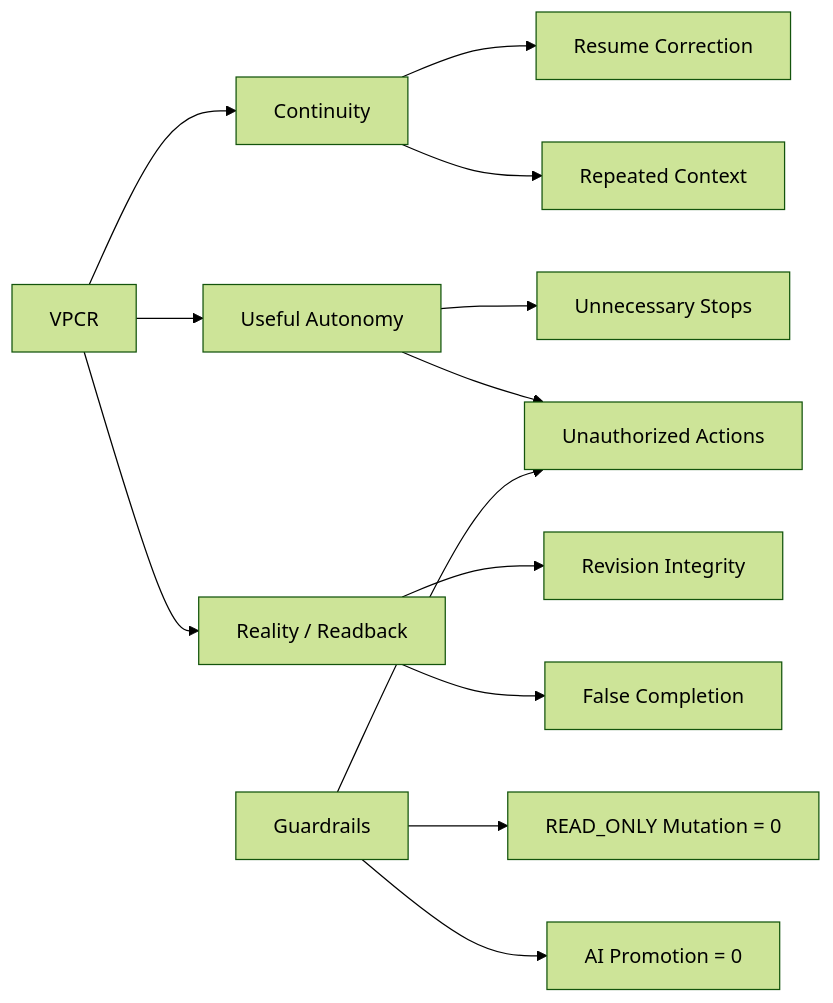
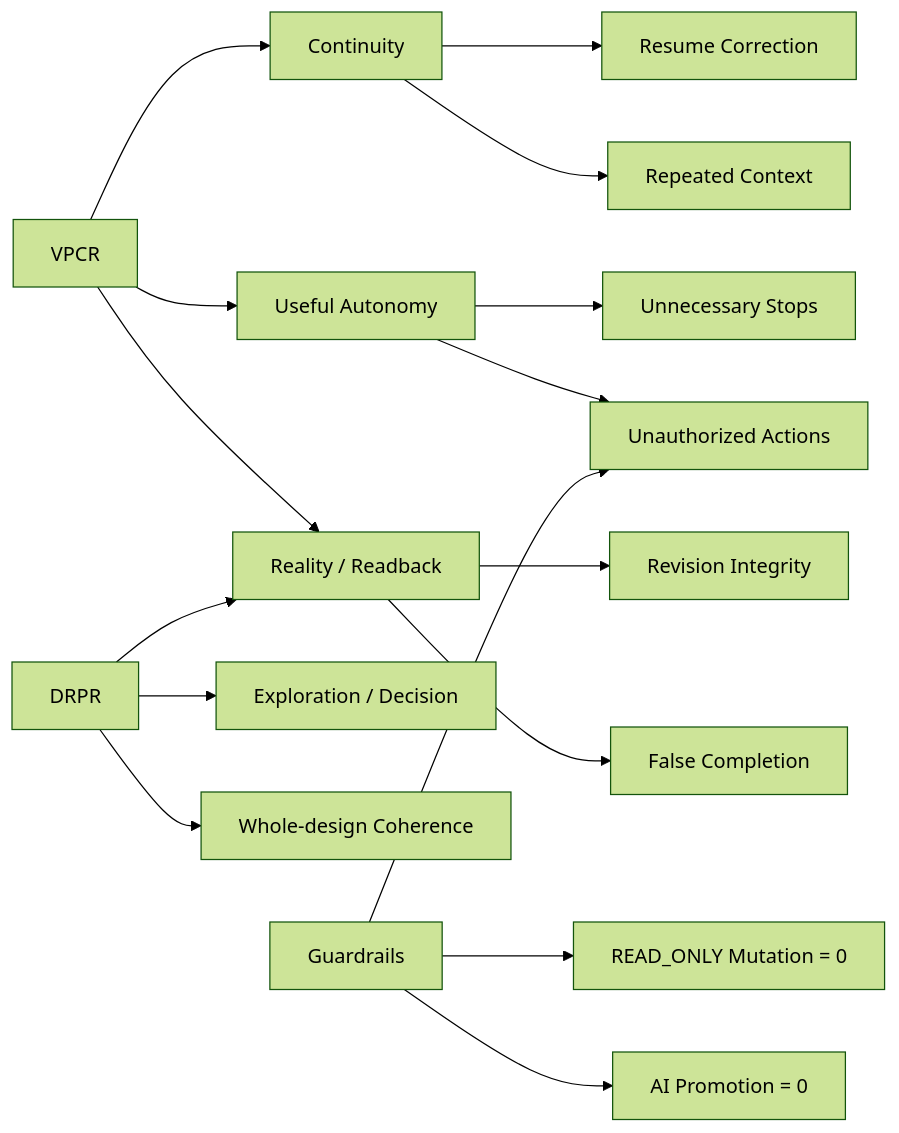
One commit to Jiaosong/Design changed the diagram in product-docs/v0.3/OLEANDER_METRICS_EXPERIMENTATION_v0.3.0.md. Above: the diagram before and after it, drawn with Mermaid (forest theme). The commit also changed other lines of this file and 71 other files, not shown here.

````diff
--- a/product-docs/v0.3/OLEANDER_METRICS_EXPERIMENTATION_v0.3.0.md
+++ b/product-docs/v0.3/OLEANDER_METRICS_EXPERIMENTATION_v0.3.0.md
@@ -14,15 +14,18 @@
 ```mermaid
 flowchart LR
     NS[VPCR] --> C[Continuity]
     NS --> A[Useful Autonomy]
     NS --> R[Reality / Readback]
+    DR[DRPR] --> E[Exploration / Decision]
+    DR --> R
+    DR --> W[Whole-design Coherence]
     C --> RC[Resume Correction]
     C --> CI[Repeated Context]
     A --> US[Unnecessary Stops]
     A --> UA[Unauthorized Actions]
     R --> RI[Revision Integrity]
     R --> FC[False Completion]
     G[Guardrails] --> UA
     G --> RO[READ_ONLY Mutation = 0]
     G --> AP[AI Promotion = 0]
 ```
````
